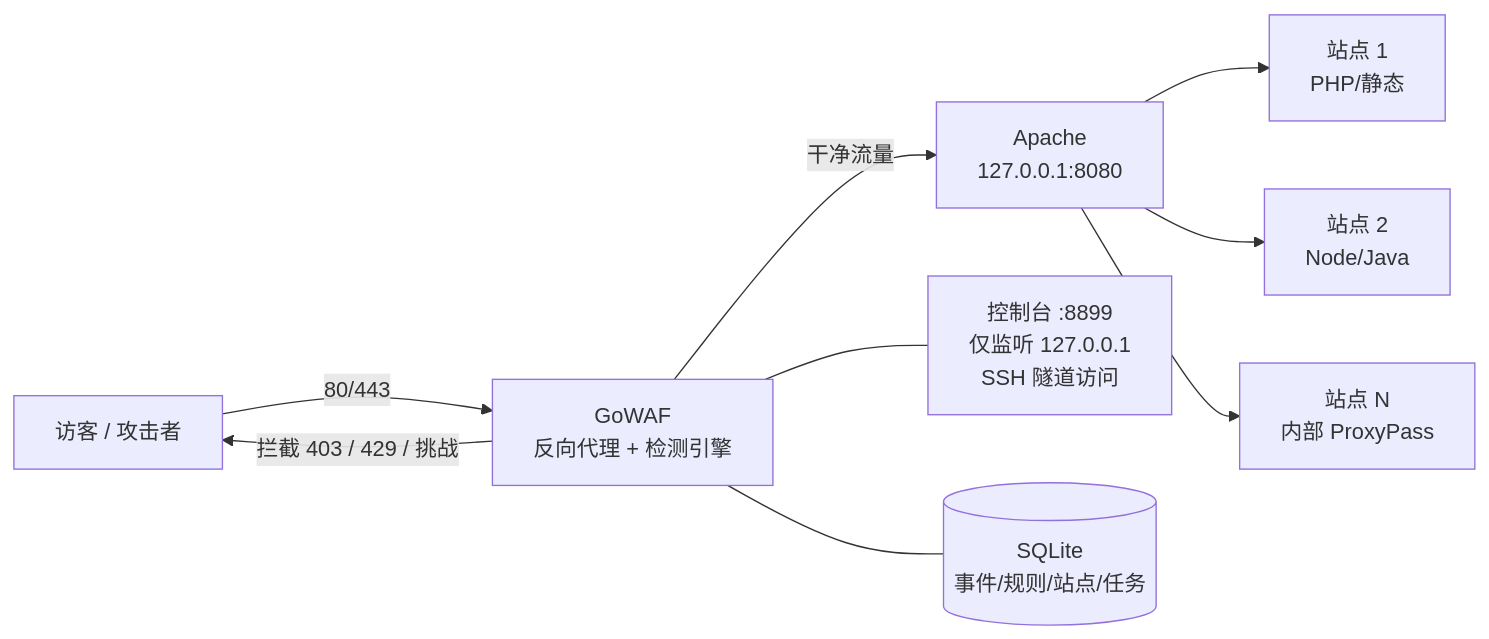
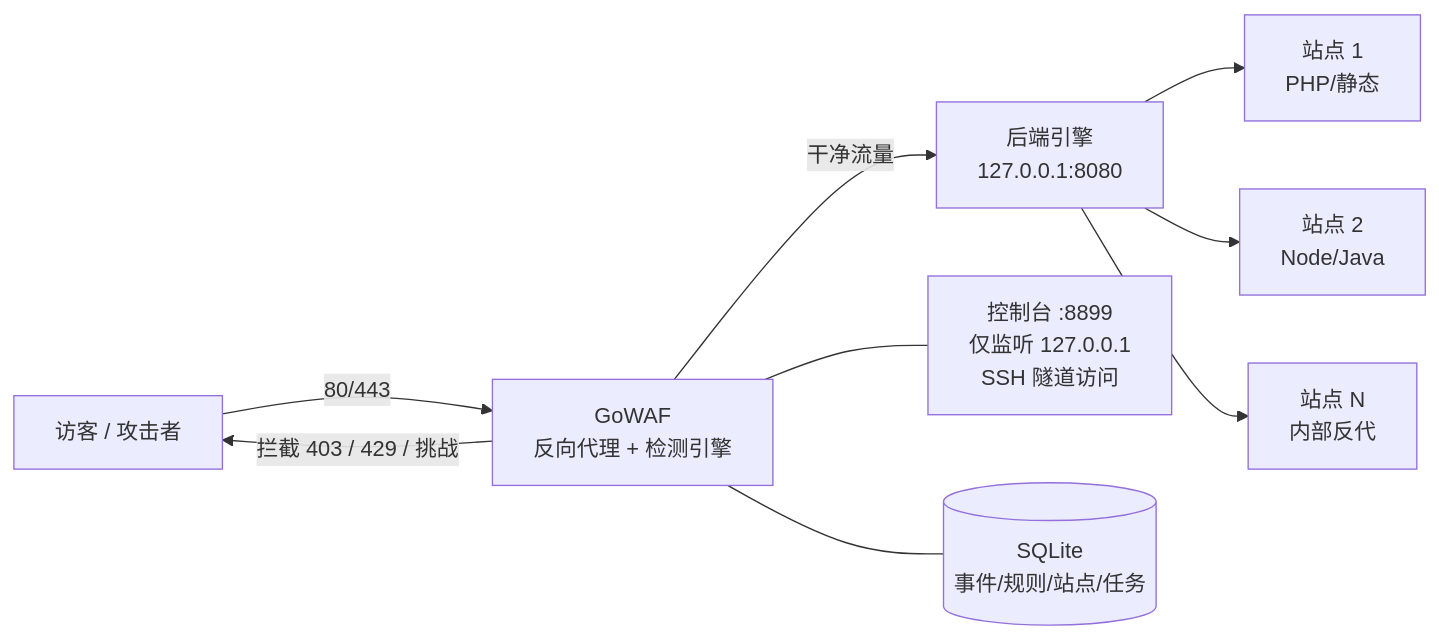
Before and after one commit to xuey490/GoWaf: the first of 3 diagrams in README.md, drawn with Mermaid. The commit also changed other lines of this file, not shown here.

````diff
--- a/README.md
+++ b/README.md
@@ -44,11 +52,11 @@
 ```mermaid
 flowchart LR
     V[访客 / 攻击者] -->|80/443| W[GoWAF<br/>反向代理 + 检测引擎]
     W -->|拦截 403 / 429 / 挑战| V
-    W -->|干净流量| A[Apache<br/>127.0.0.1:8080]
-    A --> APP1[站点 1<br/>PHP/静态]
-    A --> APP2[站点 2<br/>Node/Java]
-    A --> APP3[站点 N<br/>内部 ProxyPass]
+    W -->|干净流量| E[后端引擎<br/>127.0.0.1:8080]
+    E --> APP1[站点 1<br/>PHP/静态]
+    E --> APP2[站点 2<br/>Node/Java]
+    E --> APP3[站点 N<br/>内部反代]
     W --- C[控制台 :8899<br/>仅监听 127.0.0.1<br/>SSH 隧道访问]
     W --- DB[(SQLite<br/>事件/规则/站点/任务)]
 ```
````
